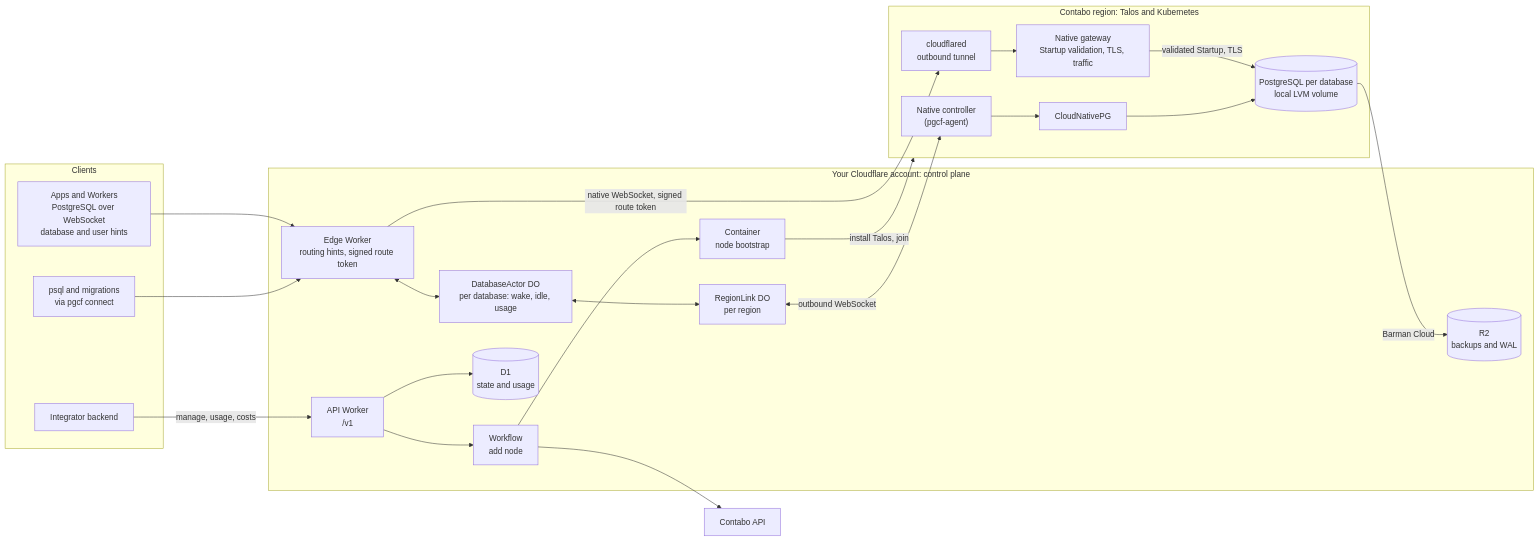
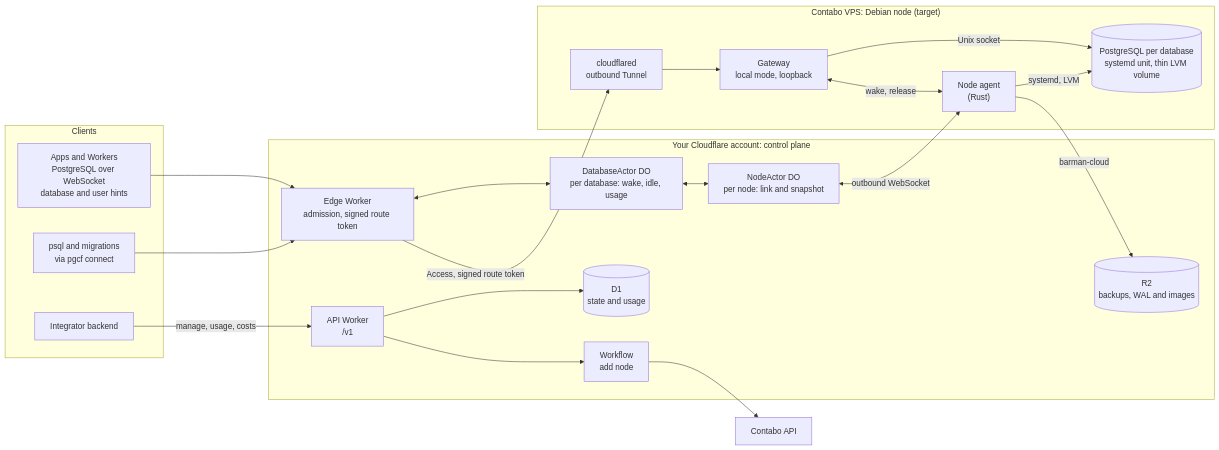
One commit to amerged-org/cloudflare-postgres changed the diagram in README.md. Above: the diagram before and after it, drawn with Mermaid. The commit also changed other lines of this file and 11 other files, not shown here.

````diff
--- a/README.md
+++ b/README.md
@@ -66,47 +54,43 @@
 ```mermaid
 flowchart LR
   subgraph Clients
     App["Apps and Workers<br/>PostgreSQL over WebSocket<br/>database and user hints"]
     Tools["psql and migrations<br/>via pgcf connect"]
     Integrator["Integrator backend"]
   end
 
   subgraph CF["Your Cloudflare account: control plane"]
-    Edge["Edge Worker<br/>routing hints, signed route token"]
+    Edge["Edge Worker<br/>admission, signed route token"]
     API["API Worker<br/>/v1"]
     DBA["DatabaseActor DO<br/>per database: wake, idle, usage"]
-    RL["RegionLink DO<br/>per region"]
+    NA["NodeActor DO<br/>per node: link and snapshot"]
     WF["Workflow<br/>add node"]
     D1[("D1<br/>state and usage")]
-    R2[("R2<br/>backups and WAL")]
-    Boot["Container<br/>node bootstrap"]
+    R2[("R2<br/>backups, WAL and images")]
   end
 
-  subgraph Region["Contabo region: Talos and Kubernetes"]
-    CFD["cloudflared<br/>outbound tunnel"]
-    GW["Native gateway<br/>Startup validation, TLS, traffic"]
-    Agent["Native controller<br/>(pgcf-agent)"]
-    CNPG["CloudNativePG"]
-    PG[("PostgreSQL per database<br/>local LVM volume")]
+  subgraph Node["Contabo VPS: Debian node (target)"]
+    CFD["cloudflared<br/>outbound Tunnel"]
+    GW["Gateway<br/>local mode, loopback"]
+    Agent["Node agent<br/>(Rust)"]
+    PG[("PostgreSQL per database<br/>systemd unit, thin LVM volume")]
   end
 
   Contabo["Contabo API"]
 
   App --> Edge
   Tools --> Edge
   Integrator -->|"manage, usage, costs"| API
   Edge <--> DBA
-  Edge -->|"native WebSocket, signed route token"| CFD
+  Edge -->|"Access, signed route token"| CFD
   CFD --> GW
-  GW -->|"validated Startup, TLS"| PG
+  GW -->|"Unix socket"| PG
+  GW <-->|"wake, release"| Agent
   API --> D1
   API --> WF
-  DBA <--> RL
-  RL <-->|"outbound WebSocket"| Agent
-  Agent --> CNPG
-  CNPG --> PG
-  PG -->|"Barman Cloud"| R2
+  DBA <--> NA
+  NA <-->|"outbound WebSocket"| Agent
+  Agent -->|"systemd, LVM"| PG
+  Agent -->|"barman-cloud"| R2
   WF --> Contabo
-  WF --> Boot
-  Boot -->|"install Talos, join"| Region
 ```
````
